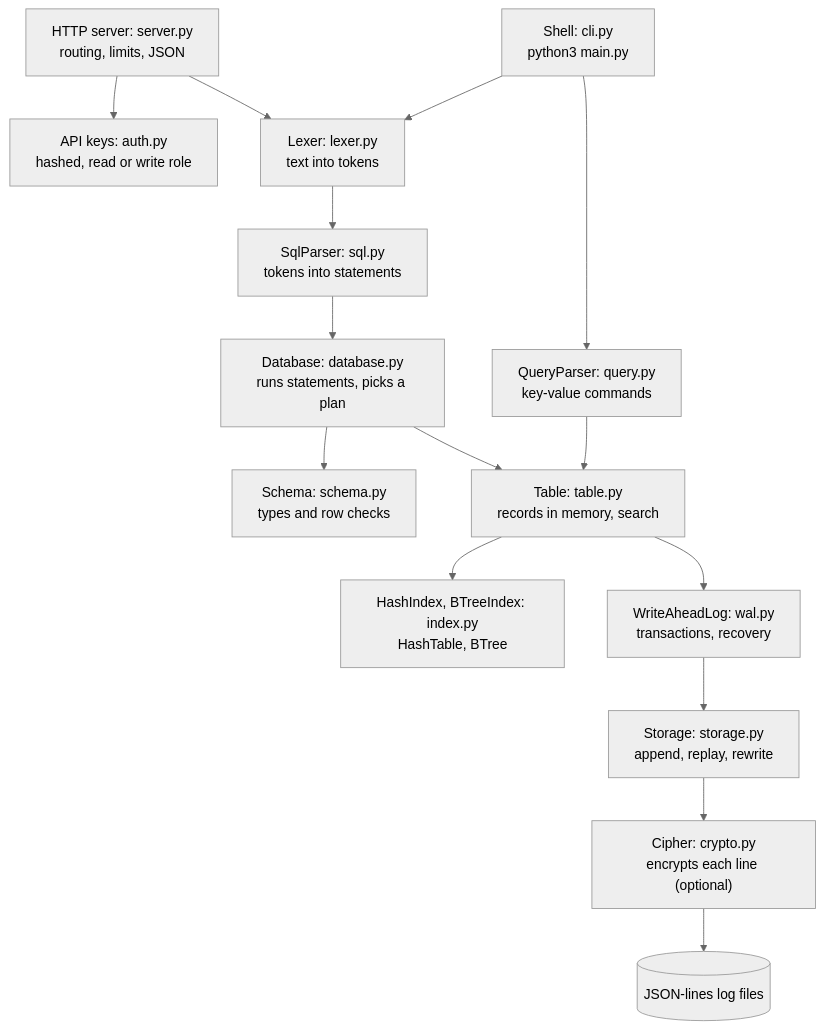
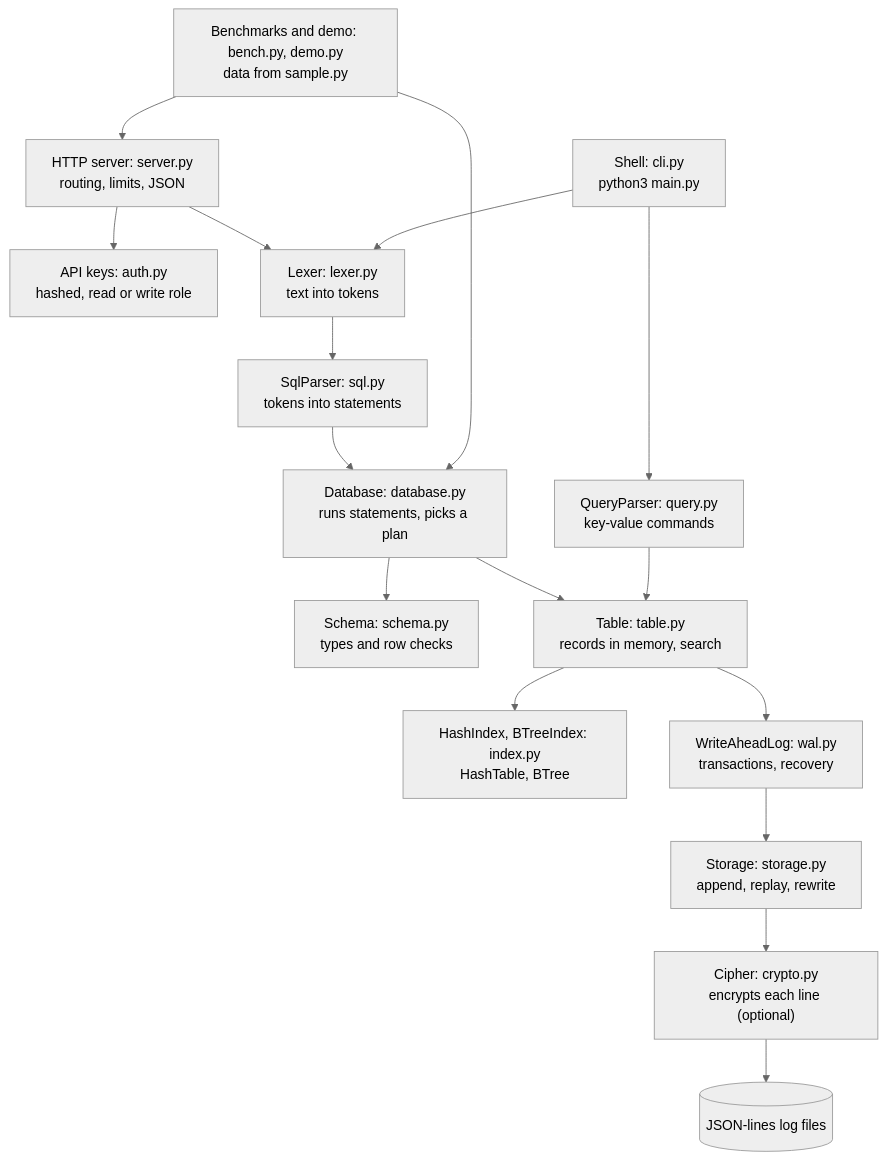
Before and after one commit to Navalene/tinydb: the first of 5 diagrams in docs/architecture.md, drawn with Mermaid (neutral theme). The commit also changed other lines of this file and 21 other files, not shown here.

Commit message:
Phase 7: benchmarks, parameterized queries, demo and design write-up (v1.0.0)

````diff
--- a/docs/architecture.md
+++ b/docs/architecture.md
@@ -16,32 +16,35 @@
 ```mermaid
 flowchart TD
+    tools["Benchmarks and demo: bench.py, demo.py<br/>data from sample.py"]
     shell["Shell: cli.py<br/>python3 main.py"]
     server["HTTP server: server.py<br/>routing, limits, JSON"]
     auth["API keys: auth.py<br/>hashed, read or write role"]
     kvparser["QueryParser: query.py<br/>key-value commands"]
     lexer["Lexer: lexer.py<br/>text into tokens"]
     sqlparser["SqlParser: sql.py<br/>tokens into statements"]
     database["Database: database.py<br/>runs statements, picks a plan"]
     schema["Schema: schema.py<br/>types and row checks"]
     table["Table: table.py<br/>records in memory, search"]
     indexes["HashIndex, BTreeIndex: index.py<br/>HashTable, BTree"]
     wal["WriteAheadLog: wal.py<br/>transactions, recovery"]
     storage["Storage: storage.py<br/>append, replay, rewrite"]
     crypto["Cipher: crypto.py<br/>encrypts each line (optional)"]
     disk[("JSON-lines log files")]
 
+    tools --> server
+    tools --> database
     shell --> kvparser
     shell --> lexer
     server --> auth
     server --> lexer
     lexer --> sqlparser
     sqlparser --> database
     kvparser --> table
     database --> schema
     database --> table
     table --> indexes
     table --> wal
     wal --> storage
     storage --> crypto
     crypto --> disk
 ```
````
